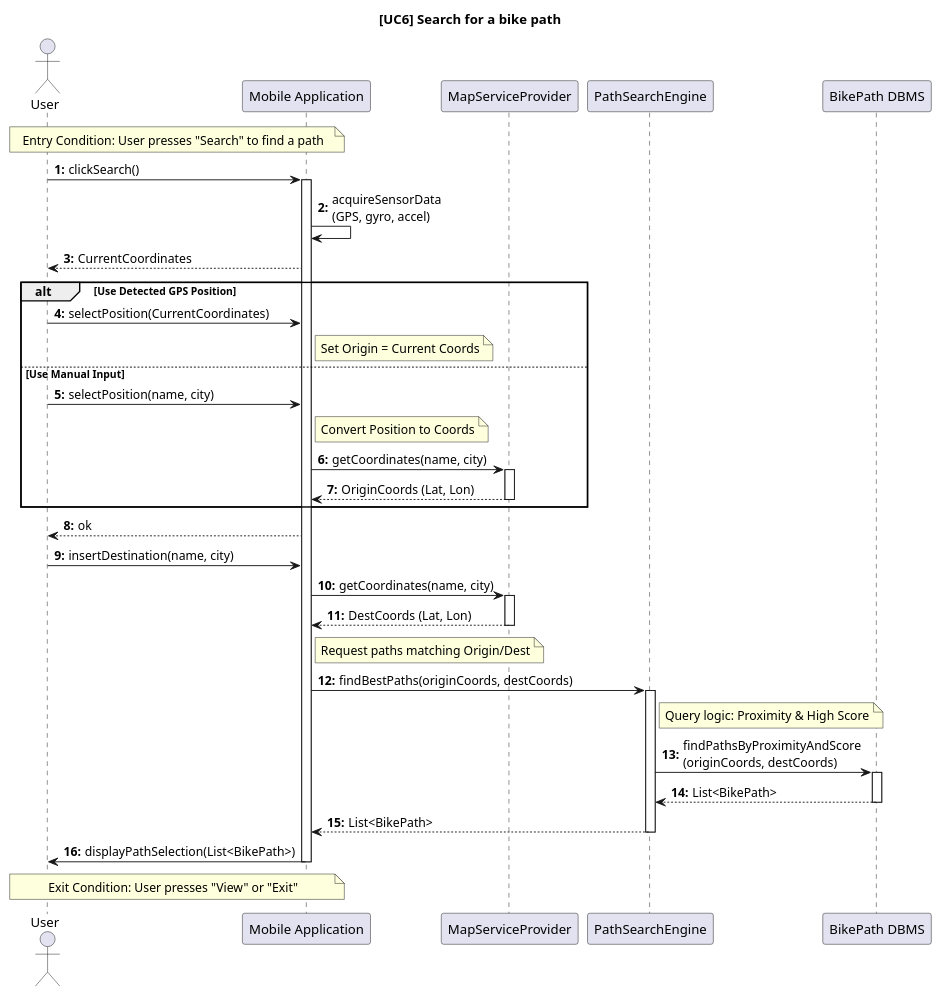
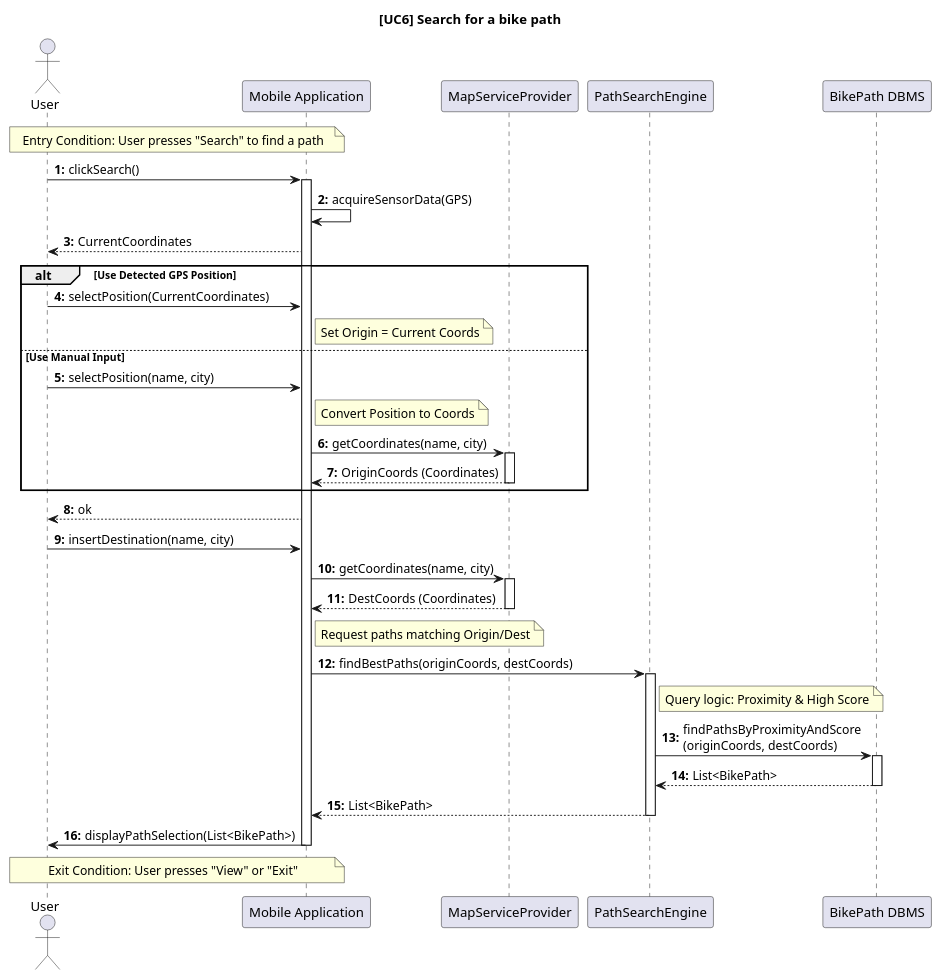
Before and after one commit to ilevinci/RubinoUvinsiVinciguerra: the diagram in DD/sequencediagrams/usecase6.puml, drawn with PlantUML. The commit also changed 7 other files, not shown here.

Commit message:
refinement of use case diagrams (maybe last version, i hope)

```diff
--- a/DD/sequencediagrams/usecase6.puml
+++ b/DD/sequencediagrams/usecase6.puml
@@ -1,88 +1,88 @@
 @startuml UC6_SearchBikePath_Design
 autonumber "<b>0:"
 title [UC6] Search for a bike path
 
 ' =======================================================
 ' COMPONENT DEFINITION
 ' =======================================================
 actor "User" as User
 participant "Mobile Application" as Client
 
 ' External Service (Geocoding)
 participant "MapServiceProvider" as Map
 
 ' Backend System
 participant "PathSearchEngine" as Search
 participant "BikePath DBMS" as DB
 
 ' =======================================================
 ' ENTRY CONDITION
 ' =======================================================
 note over User, Client: Entry Condition: User presses "Search" to find a path
 
 ' =======================================================
 ' (a) GPS DETECTION & INIT
 ' =======================================================
 User -> Client: clickSearch()
 activate Client
 
 ' Acquisizione locale sensori
-Client -> Client: acquireSensorData\n(GPS, gyro, accel)
+Client -> Client: acquireSensorData(GPS)
 
 ' =======================================================
 ' (b) ORIGIN SELECTION
 ' =======================================================
 Client --> User: CurrentCoordinates
 
 alt Use Detected GPS Position
     User -> Client: selectPosition(CurrentCoordinates)
     note right of Client: Set Origin = Current Coords
 else Use Manual Input
     User -> Client: selectPosition(name, city)
     
     ' Smart Client: Geocoding prima della ricerca
     note right of Client: Convert Position to Coords
     Client -> Map: getCoordinates(name, city)
     activate Map
-    Map --> Client: OriginCoords (Lat, Lon)
+    Map --> Client: OriginCoords (Coordinates)
     deactivate Map
 end
 
 ' =======================================================
 ' (c) DESTINATION SELECTION
 ' =======================================================
 Client --> User: ok
 User -> Client: insertDestination(name, city)
 
 ' Smart Client: Geocoding Destination
 Client -> Map: getCoordinates(name, city)
 activate Map
-Map --> Client: DestCoords (Lat, Lon)
+Map --> Client: DestCoords (Coordinates)
 deactivate Map
 
 ' =======================================================
 ' (d) PATH RETRIEVAL AND SCORING
 ' =======================================================
 ' Invio della query con le coordinate già pronte
 note right of Client: Request paths matching Origin/Dest
 
 Client -> Search: findBestPaths(originCoords, destCoords)
 activate Search
 
 ' Query al DB: Trova percorsi vicini e ordinali per Score
 note right of Search: Query logic: Proximity & High Score
 Search -> DB: findPathsByProximityAndScore\n(originCoords, destCoords)
 activate DB
 DB --> Search: List<BikePath>
 deactivate DB
 
 ' Conversione in DTO leggeri per la lista
 Search --> Client: List<BikePath>
 deactivate Search
 
 Client -> User: displayPathSelection(List<BikePath>)
 
 note over User, Client: Exit Condition: User presses "View" or "Exit"
 
 deactivate Client
 @enduml
```
